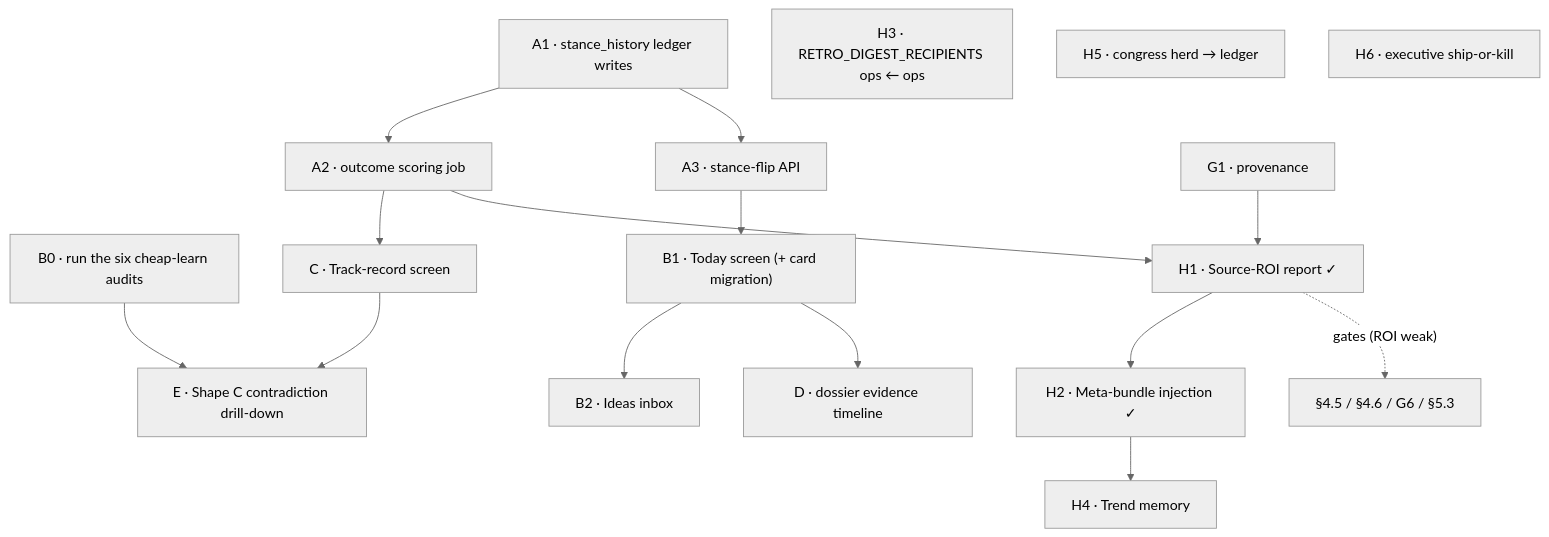
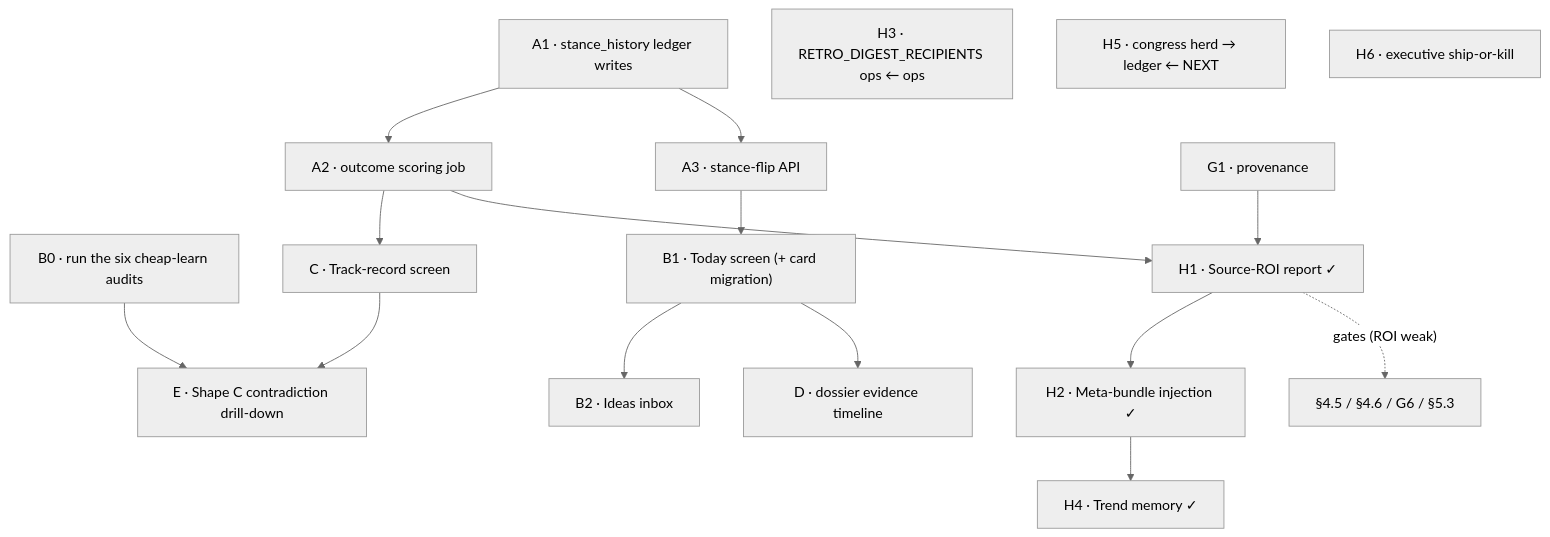
Before and after one commit to CreamyG31337/Portfolio-AI: the second of 2 diagrams in docs/ROADMAP.md, drawn with Mermaid (neutral theme). The commit also changed other lines of this file and 7 other files, not shown here.

````diff
--- a/docs/ROADMAP.md
+++ b/docs/ROADMAP.md
@@ -599,19 +599,19 @@
 ```mermaid
 flowchart TD
     A1["A1 · stance_history ledger writes"] --> A2["A2 · outcome scoring job"]
     A1 --> A3["A3 · stance-flip API"]
     B0["B0 · run the six cheap-learn audits"] --> E1["E · Shape C contradiction drill-down"]
     A3 --> B1["B1 · Today screen (+ card migration)"]
     B1 --> B2["B2 · Ideas inbox"]
     A2 --> C1["C · Track-record screen"]
     B1 --> D1["D · dossier evidence timeline"]
     C1 --> E1
     G1["G1 · provenance"] --> H1["H1 · Source-ROI report ✓"]
     A2 --> H1
     H1 --> H2["H2 · Meta-bundle injection ✓"]
     H1 -.->|"gates (ROI weak)"| F56["§4.5 / §4.6 / G6 / §5.3"]
     H3["H3 · RETRO_DIGEST_RECIPIENTS ops ← ops"]
-    H2 --> H4["H4 · Trend memory"]
-    H5["H5 · congress herd → ledger"]
+    H2 --> H4["H4 · Trend memory ✓"]
+    H5["H5 · congress herd → ledger ← NEXT"]
     H6["H6 · executive ship-or-kill"]
 ```
````
